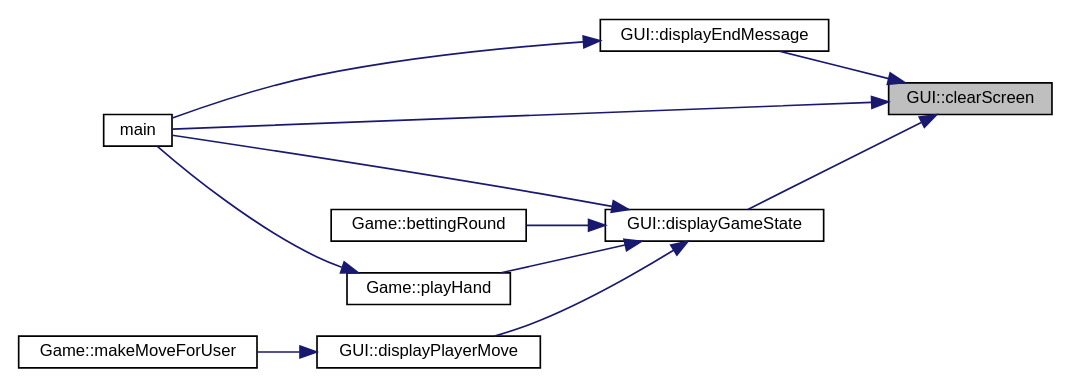
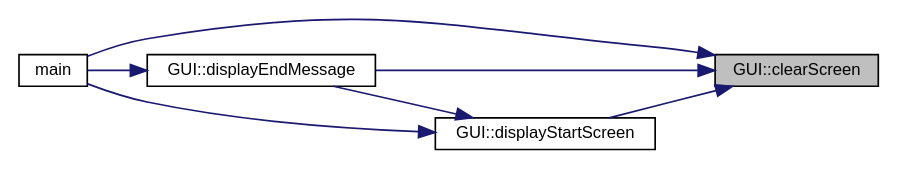
The diagram in class_g_u_i_acf2275f45170a133113df56f878ff554_icgraph.dot (jesstyrrell/cosc345), drawn with Graphviz before and after one commit. The commit also changed 170 other files, not shown here.

```diff
--- a/class_g_u_i_acf2275f45170a133113df56f878ff554_icgraph.dot
+++ b/class_g_u_i_acf2275f45170a133113df56f878ff554_icgraph.dot
@@ -1,26 +1,18 @@
 digraph "GUI::clearScreen"
 {
  // INTERACTIVE_SVG=YES
  // LATEX_PDF_SIZE
   edge [fontname="Helvetica",fontsize="10",labelfontname="Helvetica",labelfontsize="10"];
   node [fontname="Helvetica",fontsize="10",shape=record];
   rankdir="RL";
   Node1 [label="GUI::clearScreen",height=0.2,width=0.4,color="black", fillcolor="grey75", style="filled", fontcolor="black",tooltip="Clears the console screen."];
   Node1 -> Node2 [dir="back",color="midnightblue",fontsize="10",style="solid",fontname="Helvetica"];
   Node2 [label="GUI::displayEndMessage",height=0.2,width=0.4,color="black", fillcolor="white", style="filled",URL="$class_g_u_i.html#a663dad721796a4f367c2534e1901fc97",tooltip="Displays the end message when the game is over."];
   Node2 -> Node3 [dir="back",color="midnightblue",fontsize="10",style="solid",fontname="Helvetica"];
   Node3 [label="main",height=0.2,width=0.4,color="black", fillcolor="white", style="filled",URL="$main_8cpp.html#a0ddf1224851353fc92bfbff6f499fa97",tooltip=" "];
   Node1 -> Node4 [dir="back",color="midnightblue",fontsize="10",style="solid",fontname="Helvetica"];
-  Node4 [label="GUI::displayGameState",height=0.2,width=0.4,color="black", fillcolor="white", style="filled",URL="$class_g_u_i.html#a8f55dae107a6648458f6eb16608c66d2",tooltip="Displays the current state of the game."];
-  Node4 -> Node5 [dir="back",color="midnightblue",fontsize="10",style="solid",fontname="Helvetica"];
-  Node5 [label="Game::bettingRound",height=0.2,width=0.4,color="black", fillcolor="white", style="filled",URL="$class_game.html#a0de5cbe2125b0929a0bc8d2e6cdd64d5",tooltip="Conducts a betting round."];
-  Node4 -> Node6 [dir="back",color="midnightblue",fontsize="10",style="solid",fontname="Helvetica"];
-  Node6 [label="GUI::displayPlayerMove",height=0.2,width=0.4,color="black", fillcolor="white", style="filled",URL="$class_g_u_i.html#a65d07a686330670f5567a3fc11fbace1",tooltip="Displays a player's move."];
-  Node6 -> Node7 [dir="back",color="midnightblue",fontsize="10",style="solid",fontname="Helvetica"];
-  Node7 [label="Game::makeMoveForUser",height=0.2,width=0.4,color="black", fillcolor="white", style="filled",URL="$class_game.html#a1a44850a64799e17f43f22b560275157",tooltip="Processes a move made by the user."];
+  Node4 [label="GUI::displayStartScreen",height=0.2,width=0.4,color="black", fillcolor="white", style="filled",URL="$class_g_u_i.html#a0dc53c5a6daa0f01b57c4d4731b4d933",tooltip="Displays the start screen of the game."];
+  Node4 -> Node2 [dir="back",color="midnightblue",fontsize="10",style="solid",fontname="Helvetica"];
   Node4 -> Node3 [dir="back",color="midnightblue",fontsize="10",style="solid",fontname="Helvetica"];
-  Node4 -> Node8 [dir="back",color="midnightblue",fontsize="10",style="solid",fontname="Helvetica"];
-  Node8 [label="Game::playHand",height=0.2,width=0.4,color="black", fillcolor="white", style="filled",URL="$class_game.html#ab72401c43b303a37dec67f3d6b75a927",tooltip="Plays a single hand of poker."];
-  Node8 -> Node3 [dir="back",color="midnightblue",fontsize="10",style="solid",fontname="Helvetica"];
   Node1 -> Node3 [dir="back",color="midnightblue",fontsize="10",style="solid",fontname="Helvetica"];
 }
```
